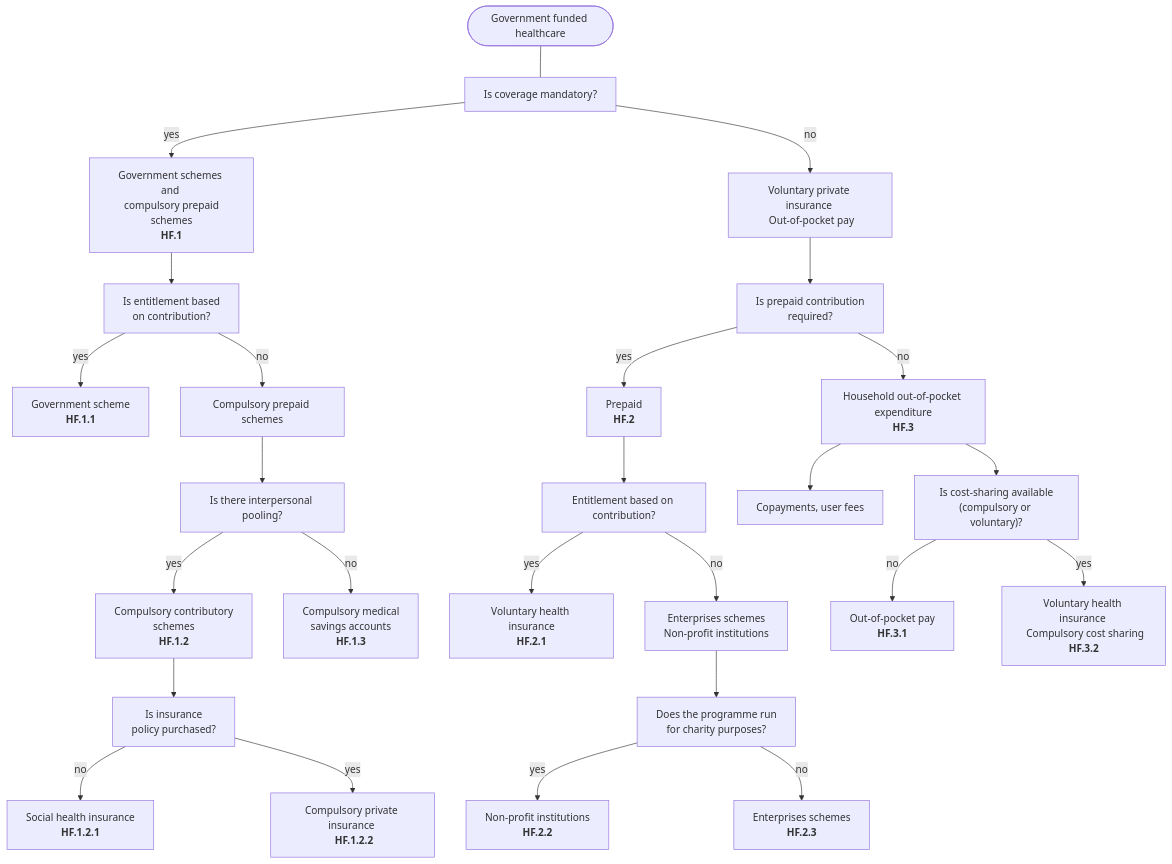
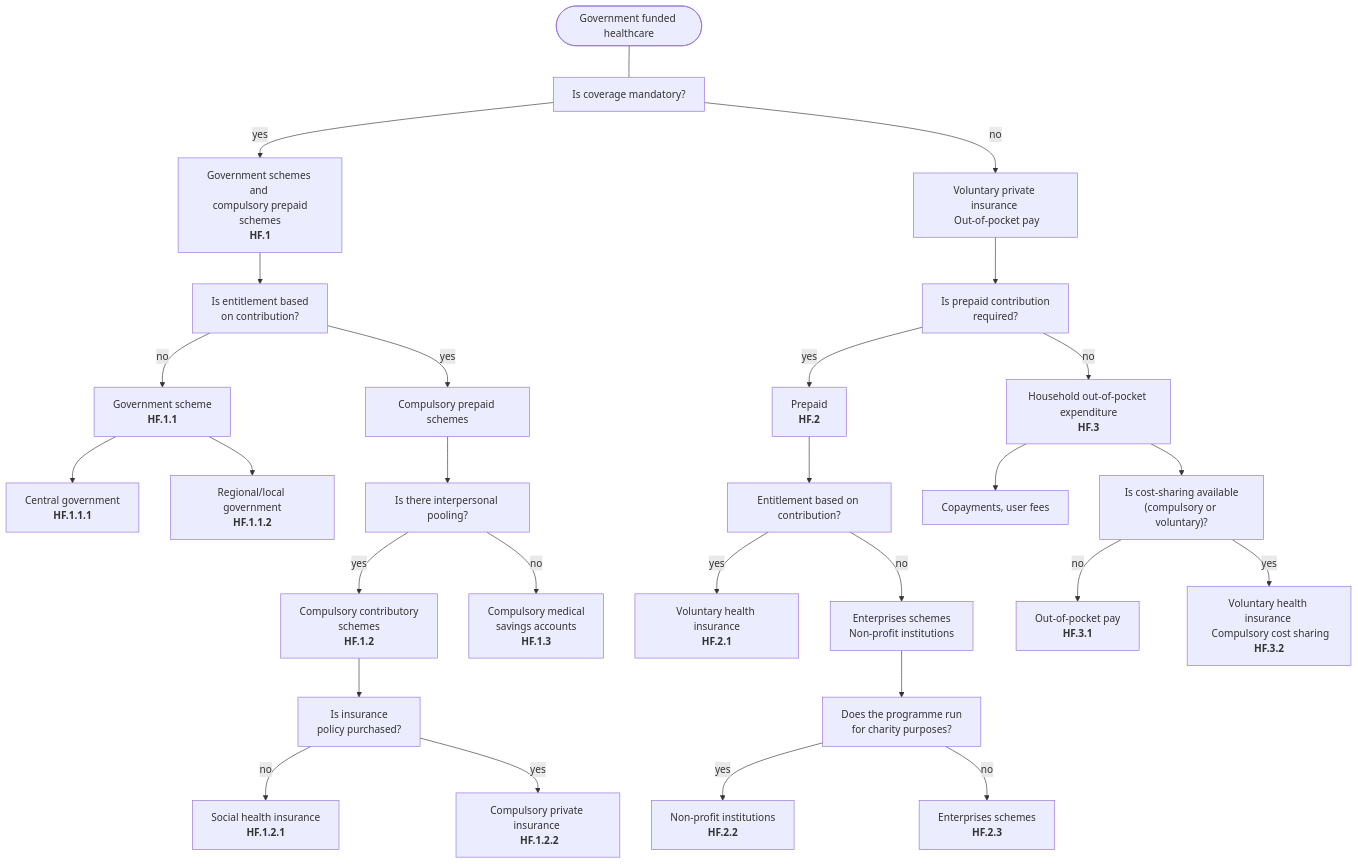
Before and after one commit to bisacciamd/bisacciamd.github.io: the diagram in posts/healthcare-funding/index.qmd, drawn with Mermaid. The commit also changed other lines of this file and 13 other files, not shown here.

````diff
--- a/posts/healthcare-funding/index.qmd
+++ b/posts/healthcare-funding/index.qmd
@@ -98,30 +127,32 @@
 ```{mermaid}
 graph TD
     
     title([Government funded healthcare]) --- F[Is coverage mandatory?]
     F -->|yes| hf1[Government schemes and \n compulsory prepaid schemes\n<b>HF.1</b>\n]
     hf1 --> d[Is entitlement based \n on contribution?]
     F -->|no| b[Voluntary private insurance \n Out-of-pocket pay] 
-    d -->|yes| h[Government scheme\n<b>HF.1.1</b>]
-    d -->|no| u[Compulsory prepaid schemes]
+    d -->|no| h[Government scheme\n<b>HF.1.1</b>]
+    h --> central[Central government\n<b>HF.1.1.1</b>]
+    h --> regional[Regional/local government\n<b>HF.1.1.2</b>]
+    d -->|yes| u[Compulsory prepaid schemes]
     u --> pooling[Is there interpersonal pooling?]
     pooling -->|yes| compcontr[Compulsory contributory \n schemes \n <b>HF.1.2</b>]
     compcontr --> policy[Is insurance\npolicy purchased?]
     policy -->|no| shi["Social health insurance \n <b>HF.1.2.1</b>"]
     policy -->|yes| comppri[Compulsory private insurance \n <b>HF.1.2.2</b>]
     pooling -->|no| cmsa[Compulsory medical \n savings accounts \n <b>HF.1.3</b>]
     b --> c[Is prepaid contribution \n required?]
     c -->|yes| e[Prepaid\n<b>HF.2</b>]
     f -->|yes| vol[Voluntary health insurance\n<b>HF.2.1</b>]
     f -->|no| ent[Enterprises schemes \n Non-profit institutions]
     c -->|no| oop[Household out-of-pocket expenditure\n<b>HF.3</b>]
     oop --> cop[Copayments, user fees] 
     oop --> cs["Is cost-sharing available\n(compulsory or voluntary)?"]
     cs -->|no| oop2[Out-of-pocket pay\n<b>HF.3.1</b>]
     cs -->|yes| ccs[Voluntary health insurance \n Compulsory cost sharing\n<b>HF.3.2</b>]
     e --> f[Entitlement based on contribution?]
     ent --> char[Does the programme run \n for charity purposes?]
     char -->|yes| nonpr[Non-profit institutions\n<b>HF.2.2</b>]
     char -->|no| pr[Enterprises schemes\n<b>HF.2.3</b>]
     
 ```
````
